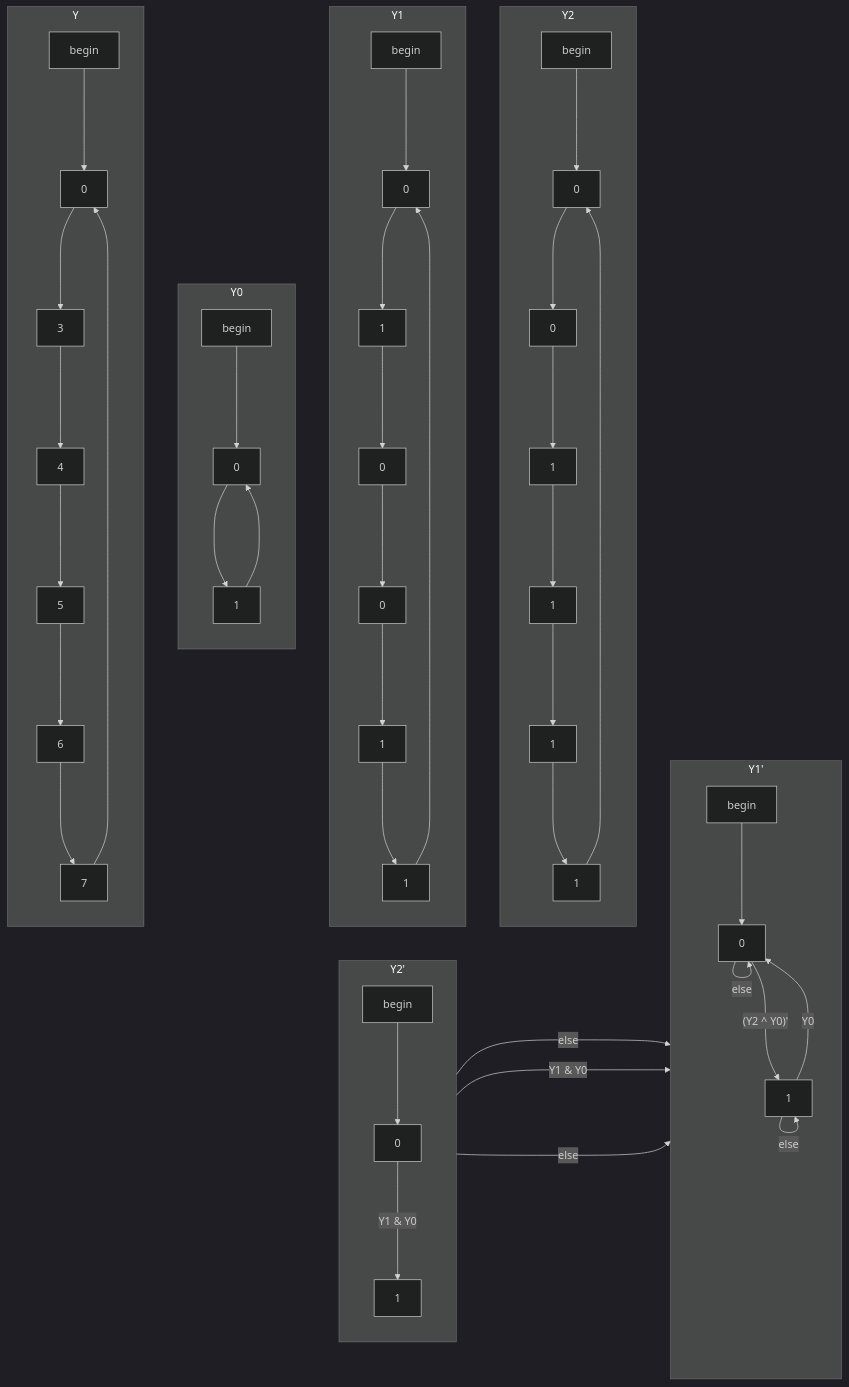
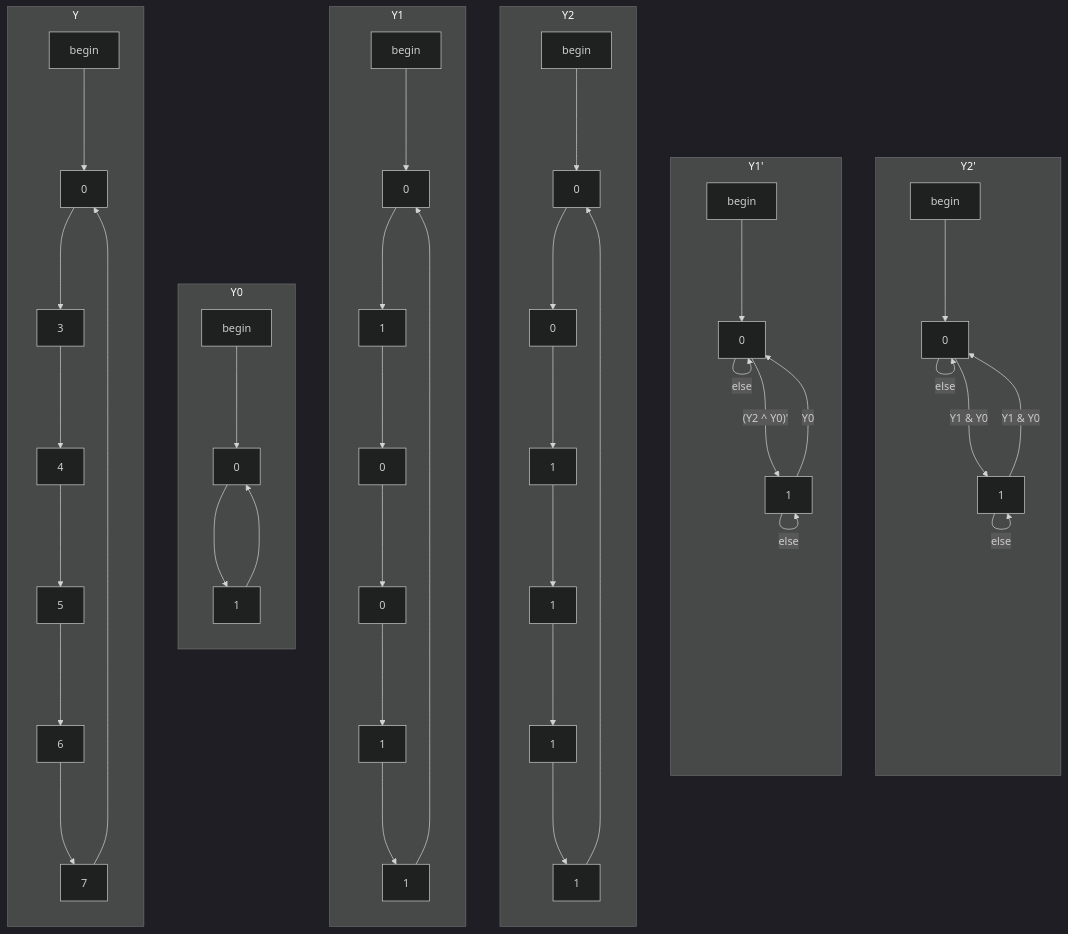
The fourth of 5 diagrams in CSDS 281 - Logic Design/HW/8/Tables.md (tnichols217/notes), drawn with Mermaid (dark theme) before and after one commit. The commit also changed other lines of this file, not shown here.

````diff
--- a/CSDS 281 - Logic Design/HW/8/Tables.md
+++ b/CSDS 281 - Logic Design/HW/8/Tables.md
@@ -113,55 +113,55 @@
 ```mermaid
 flowchart LR
 subgraph Y
 	begin ---> 0
 	0 ---> 3
 	3 ---> 4
 	4 ---> 5
 	5 ---> 6
 	6 ---> 7
 	7 ---> 0
 end
 subgraph Y0
 	direction TB
 	begin0[begin] ---> 00[0]
 	00 ---> 01[1]
 	01 ---> 00
 end
 subgraph Y1
 	direction TB
 	begin1[begin] ---> 101[0]
 	101 ---> 111[1]
 	111 ---> 102[0]
 	102 ---> 103[0]
 	103 ---> 112[1]
 	112 ---> 113[1]
 	113 ---> 101
 end
 subgraph Y2
 	direction TB
 	begin2[begin] ---> 201[0]
 	201 ---> 202[0]
 	202 ---> 211[1]
 	211 ---> 212[1]
 	212 ---> 213[1]
 	213 ---> 214[1]
 	214 ---> 201
 end
 subgraph Y1'
 	direction TB
 	begin1'[begin] ---> 10[0]
 	10 --->|"(Y2 ^ Y0)'"| 11[1]
 	10 --->|else| 10
 	11 --->|Y0| 10
 	11 --->|else| 11
 end
 subgraph Y2'
 	direction TB
 	begin2'[begin] ---> 20[0]
 	20 --->|"Y1 & Y0"| 21[1]
-	20 --->|else| 10
-	21 --->|"Y1 & Y0"| 10
-	21 --->|else| 11
+	20 --->|else| 20
+	21 --->|"Y1 & Y0"| 20
+	21 --->|else| 21
 end
 Y ~~~ Y0 ~~~ Y1 ~~~ Y2 ~~~ Y1' ~~~ Y2'
 ```
````
